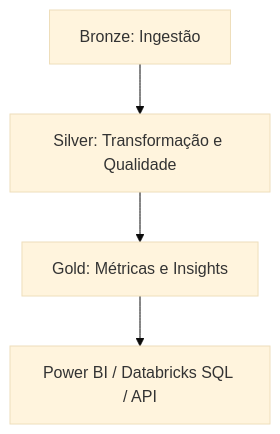
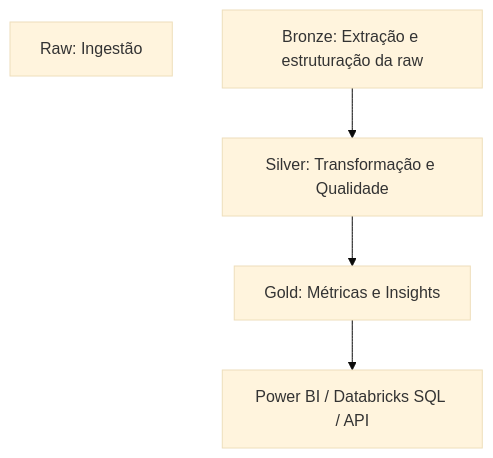
The diagram in README.md (Rafasansouza/imersao-databricks-data-engineering), drawn with Mermaid (base theme) before and after one commit.

````diff
--- a/README.md
+++ b/README.md
@@ -83,6 +83,7 @@
 ```mermaid
 graph TD
-  A[Bronze: Ingestão] --> B[Silver: Transformação e Qualidade]
-  B --> C[Gold: Métricas e Insights]
-  C --> D[Power BI / Databricks SQL / API]
+  A[Raw: Ingestão]
+  B[Bronze: Extração e estruturação da raw] --> C[Silver: Transformação e Qualidade]
+  C --> D[Gold: Métricas e Insights]
+  D --> E[Power BI / Databricks SQL / API]
 ```
````
